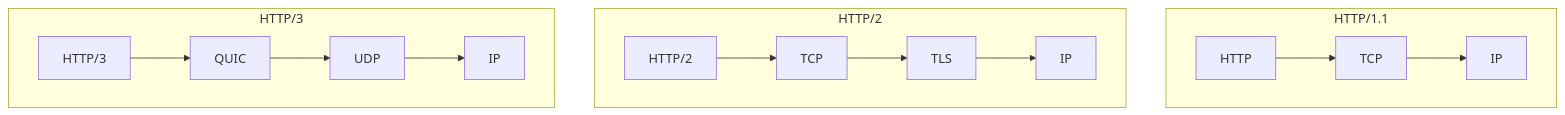
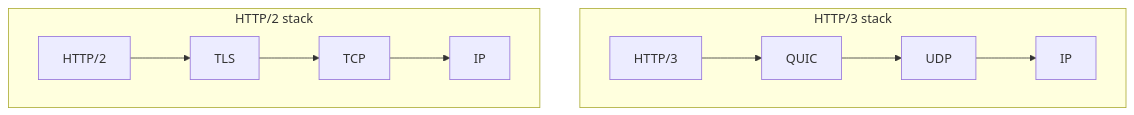
Before and after one commit to hareramcse/SystemDesign: diagram 16 of 27 in 01-networking/README.md, drawn with Mermaid. The commit also changed other lines of this file and 14 other files, not shown here.

````diff
--- a/01-networking/README.md
+++ b/01-networking/README.md
@@ -3024,15 +1068,12 @@
 ```mermaid
-flowchart TB
-    subgraph h1["HTTP/1.1"]
+flowchart LR
+    subgraph H2["HTTP/2 stack"]
         direction LR
-        a1[HTTP] --> b1[TCP] --> c1[IP]
+        a2[HTTP/2] --> b2[TLS] --> c2[TCP] --> d2[IP]
     end
-    subgraph h2["HTTP/2"]
-        direction LR
-        a2[HTTP/2] --> b2[TCP] --> c2[TLS] --> d2[IP]
-    end
-    subgraph h3["HTTP/3"]
+    subgraph H3["HTTP/3 stack"]
         direction LR
         a3[HTTP/3] --> b3[QUIC] --> c3[UDP] --> d3[IP]
     end
+    H2 ~~~ H3
 ```
````
